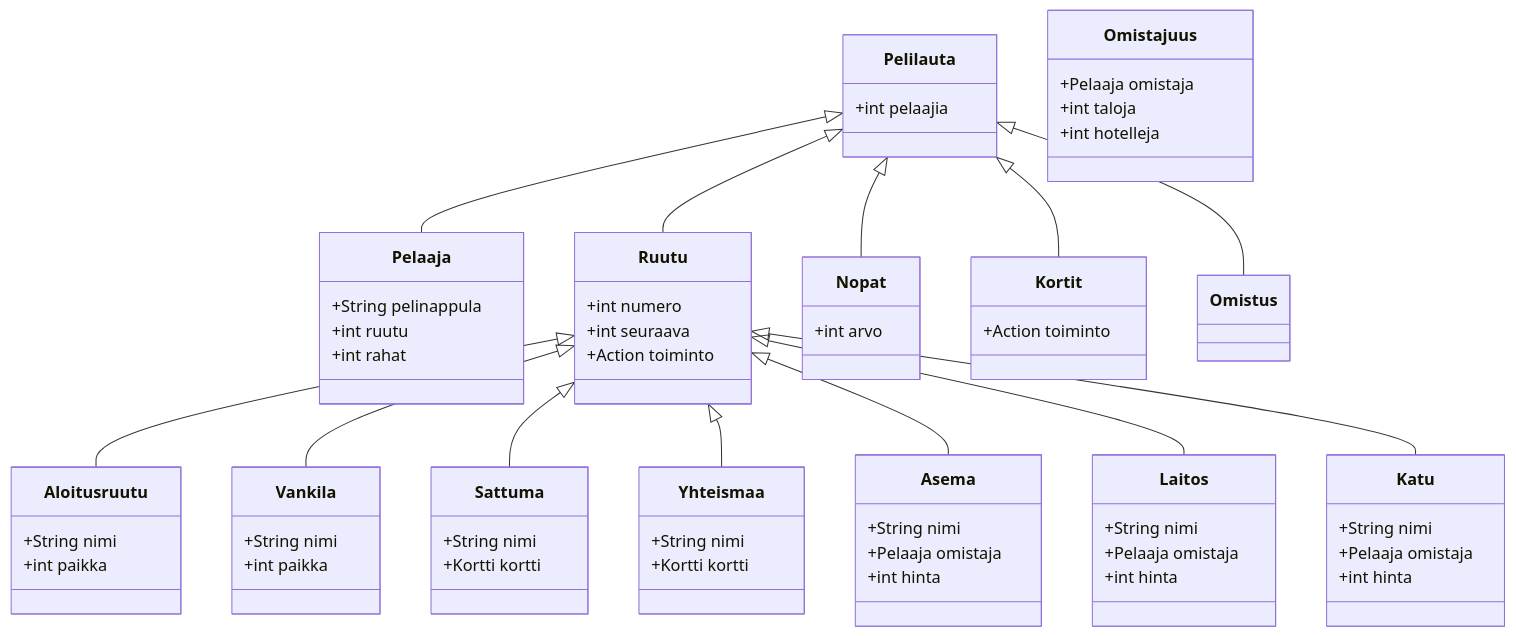
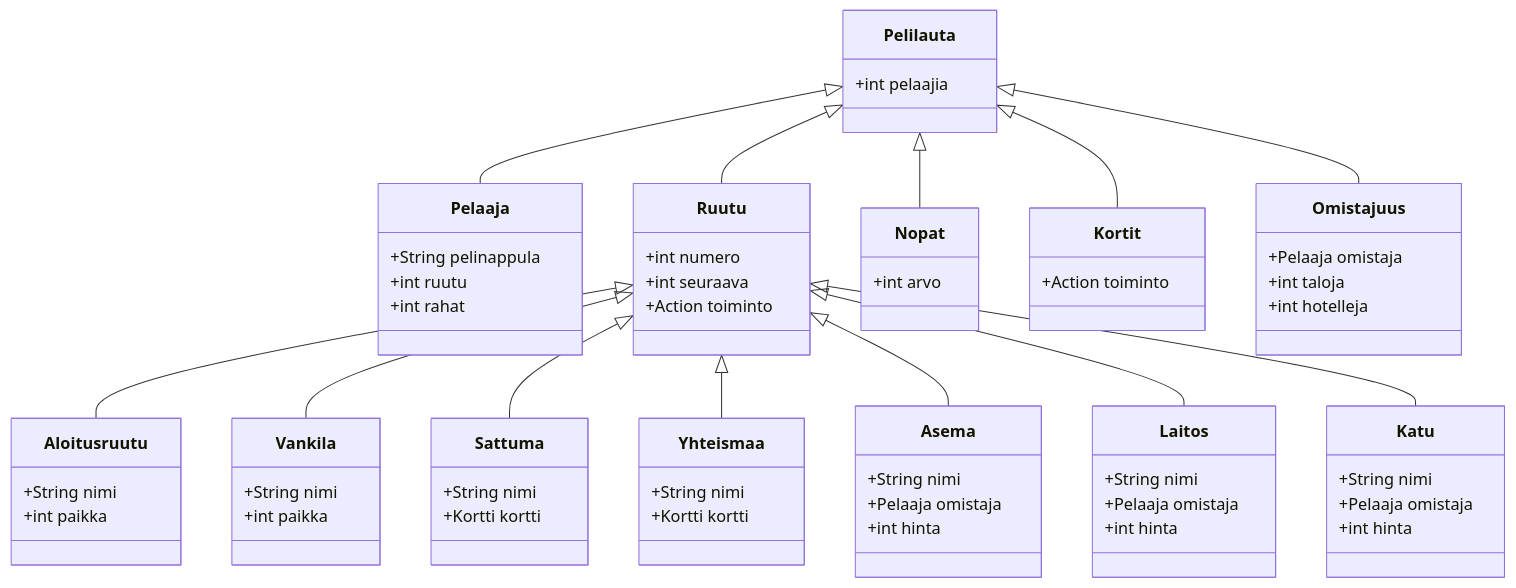
The diagram in laskarit/viikko3/monopoli.md (ThomasGrundstrom/ot-harjoitustyo), drawn with Mermaid before and after one commit.

Commit message:
monopoli test2

````diff
--- a/laskarit/viikko3/monopoli.md
+++ b/laskarit/viikko3/monopoli.md
@@ -1,70 +1,70 @@
 ```mermaid
  classDiagram
 	Pelilauta <|-- Pelaaja
 	Pelilauta <|-- Ruutu
 	Pelilauta <|-- Nopat
 	Pelilauta <|-- Kortit
-	Pelilauta <|-- Omistus
+	Pelilauta <|-- Omistajuus
 	Ruutu <|-- Aloitusruutu
 	Ruutu <|-- Vankila
 	Ruutu <|-- Sattuma
 	Ruutu <|-- Yhteismaa
 	Ruutu <|-- Asema
 	Ruutu <|-- Laitos
 	Ruutu <|-- Katu
 	class Pelilauta{
 		+int pelaajia
 	}
 	class Pelaaja{
 		+String pelinappula
 		+int ruutu
 		+int rahat
 	}
 	class Ruutu{
 		+int numero
 		+int seuraava
 		+Action toiminto
 	}
 	class Nopat{
 		+int arvo
 	}
 	class Aloitusruutu{
 		+String nimi
 		+int paikka
 	}
 	class Vankila{
 		+String nimi
 		+int paikka
 	}
 	class Sattuma{
 		+String nimi
 		+Kortti kortti
 	}
 	class Yhteismaa{
 		+String nimi
 		+Kortti kortti
 	}
 	class Asema{
 		+String nimi
 		+Pelaaja omistaja
 		+int hinta
 	}
 	class Laitos{
 		+String nimi
 		+Pelaaja omistaja
 		+int hinta
 	}
 	class Katu{
 		+String nimi
 		+Pelaaja omistaja
 		+int hinta
 	}
 	class Kortit{
 		+Action toiminto
 	}
 	class Omistajuus{
 		+Pelaaja omistaja
 		+int taloja
 		+int hotelleja
 	}
 ```
````
